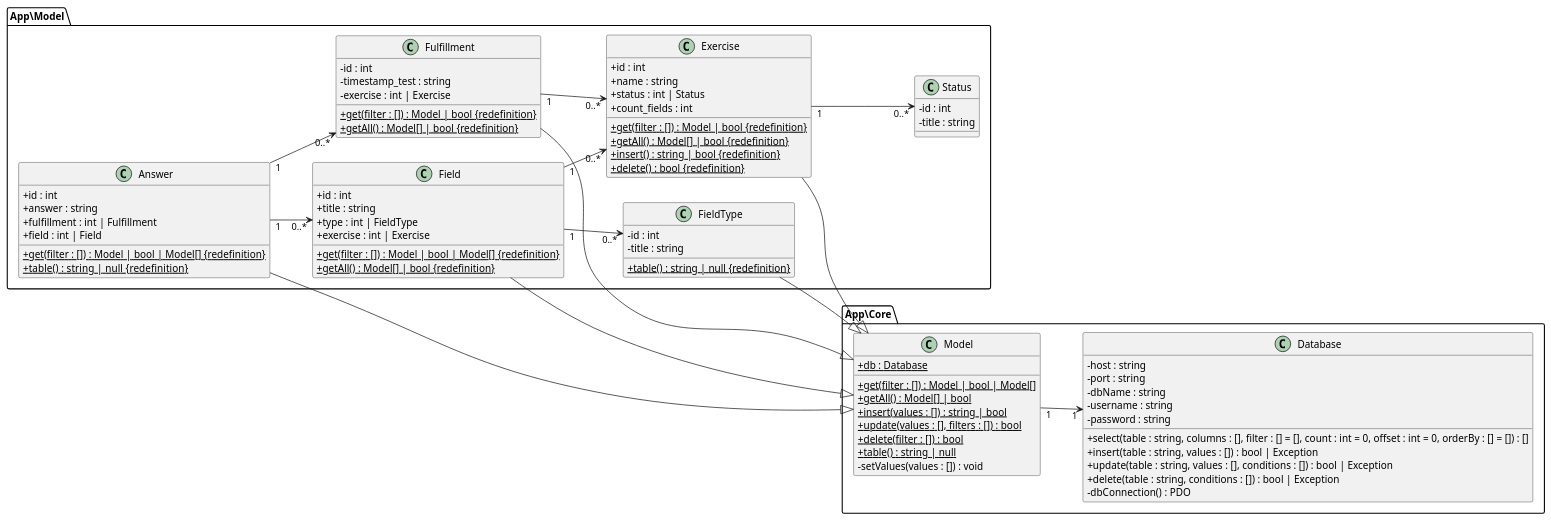
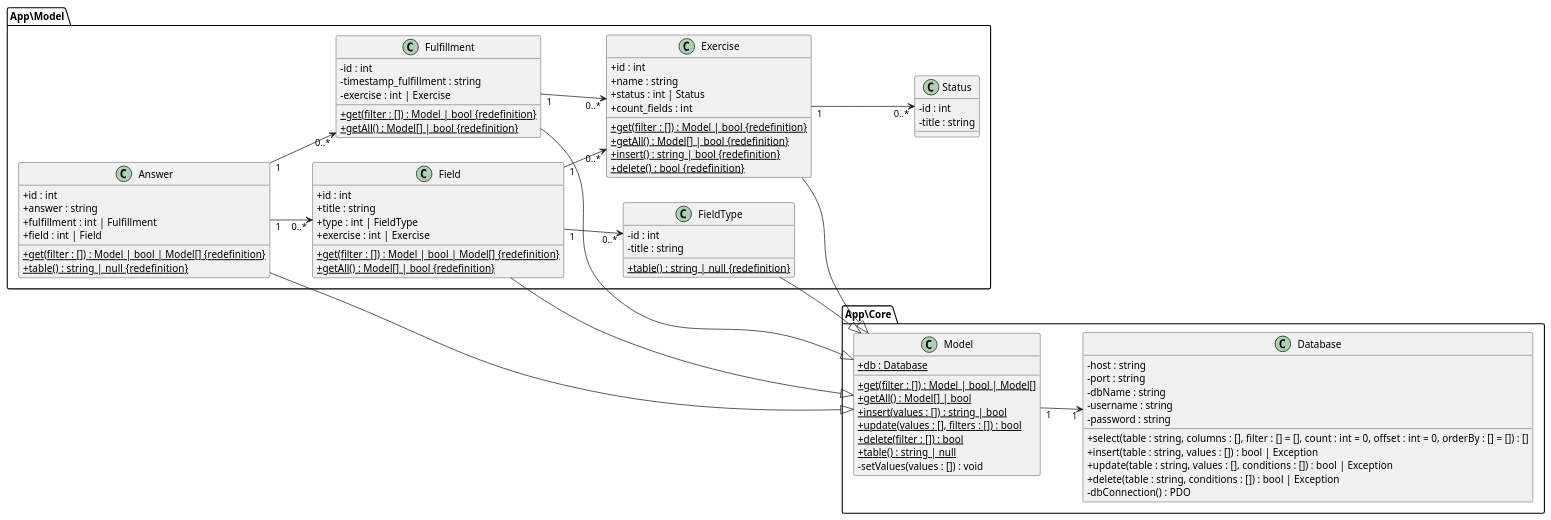
The diagram in docs/ClassDiagram.puml (CPNV-ES/MAW_Looper_DDS-GWI), drawn with PlantUML before and after one commit.

Commit message:
docs: Update class property name to fit name structure

```diff
--- a/docs/ClassDiagram.puml
+++ b/docs/ClassDiagram.puml
@@ -1,96 +1,96 @@
 @startuml
 
 skinparam classAttributeIconSize 0
 left to right direction
 
 package App\Core{
     class Model {
         + {static} db : Database
         + {static} get(filter : []) : Model | bool | Model[]
         + {static} getAll() : Model[] | bool
         + {static} insert(values : []) : string | bool
         + {static} update(values : [], filters : []) : bool
         + {static} delete(filter : []) : bool
         + {static} table() : string | null
         - setValues(values : []) : void
     }
 
     class Database {
         - host : string
         - port : string
         - dbName : string
         - username : string
         - password : string
         + select(table : string, columns : [], filter : [] = [], count : int = 0, offset : int = 0, orderBy : [] = []) : []
         + insert(table : string, values : []) : bool | Exception
         + update(table : string, values : [], conditions : []) : bool | Exception
         + delete(table : string, conditions : []) : bool | Exception
         - dbConnection() : PDO
     }
 
     Model "1" --> "1" Database
 }
 
 package App\Model{
     class Answer{
         + id : int
         + answer : string
         + fulfillment : int | Fulfillment
         + field : int | Field
         + {static} get(filter : []) : Model | bool | Model[] {redefinition}
         + {static} table() : string | null  {redefinition}
     }
     Answer "1" --> "0..*" Fulfillment
     Answer "1" --> "0..*" Field
 
     class Field{
         + id : int
         + title : string
         + type : int | FieldType
         + exercise : int | Exercise
         + {static} get(filter : []) : Model | bool | Model[] {redefinition}
         + {static} getAll() : Model[] | bool {redefinition}
     }
     Field "1" --> "0..*" FieldType
     Field "1" --> "0..*" Exercise
 
     class Exercise{
         + id : int
         + name : string
         + status : int | Status
         + count_fields : int
         + {static} get(filter : []) : Model | bool {redefinition}
         + {static} getAll() : Model[] | bool {redefinition}
         + {static} insert() : string | bool {redefinition}
         + {static} delete() : bool {redefinition}
     }
     Exercise "1" --> "0..*" Status
 
     class FieldType{
         - id : int
         - title : string
         + {static} table() : string | null {redefinition}
     }
 
     class Fulfillment{
         - id : int
-        - timestamp_test : string
+        - timestamp_fulfillment : string
         - exercise : int | Exercise
         + {static} get(filter : []) : Model | bool {redefinition}
         + {static} getAll() : Model[] | bool {redefinition}
     }
     Fulfillment "1" --> "0..*" Exercise
 
     class Status{
         - id : int
         - title : string
     }
 }
 
 Answer --|> Model
 Field --|> Model
 Exercise --|> Model
 FieldType --|> Model
 Fulfillment --|> Model
 
 @enduml
```
